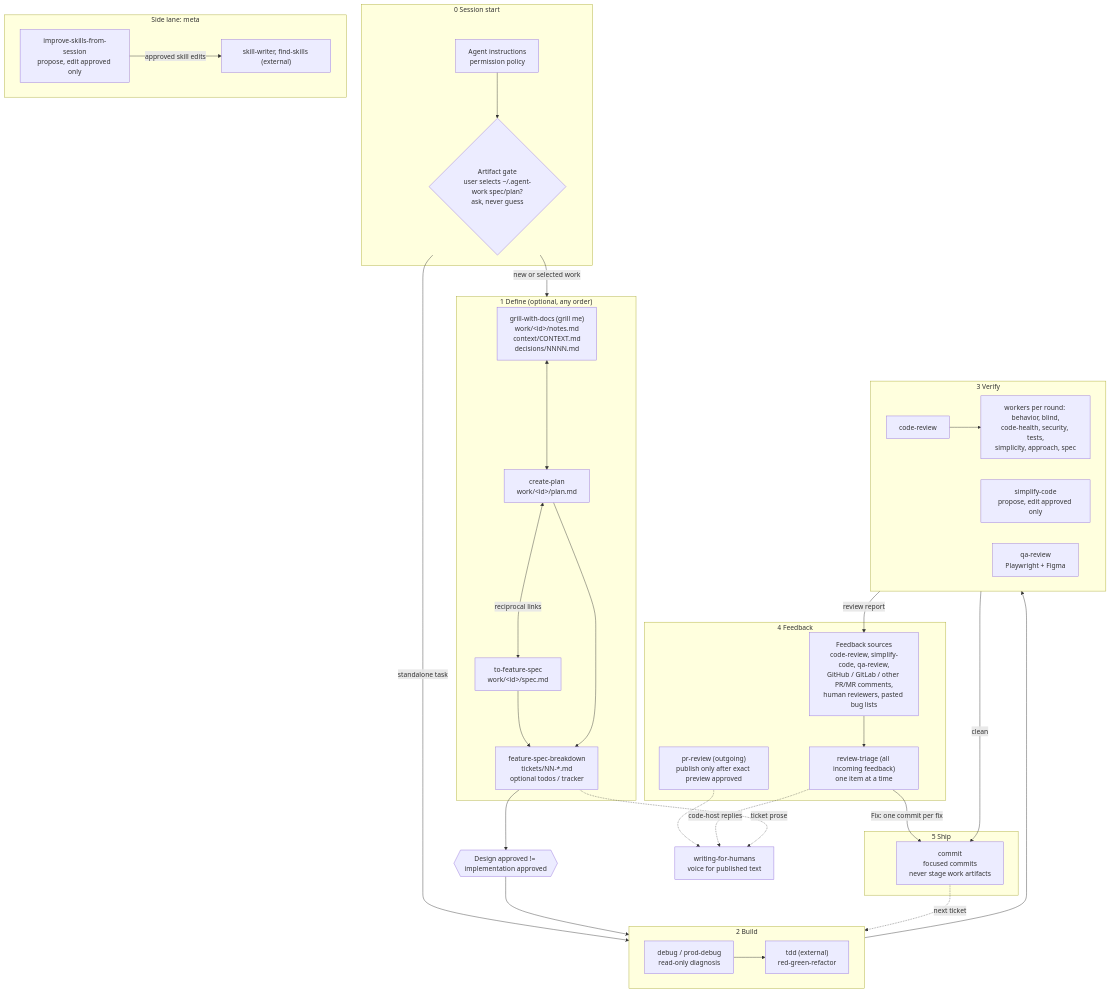
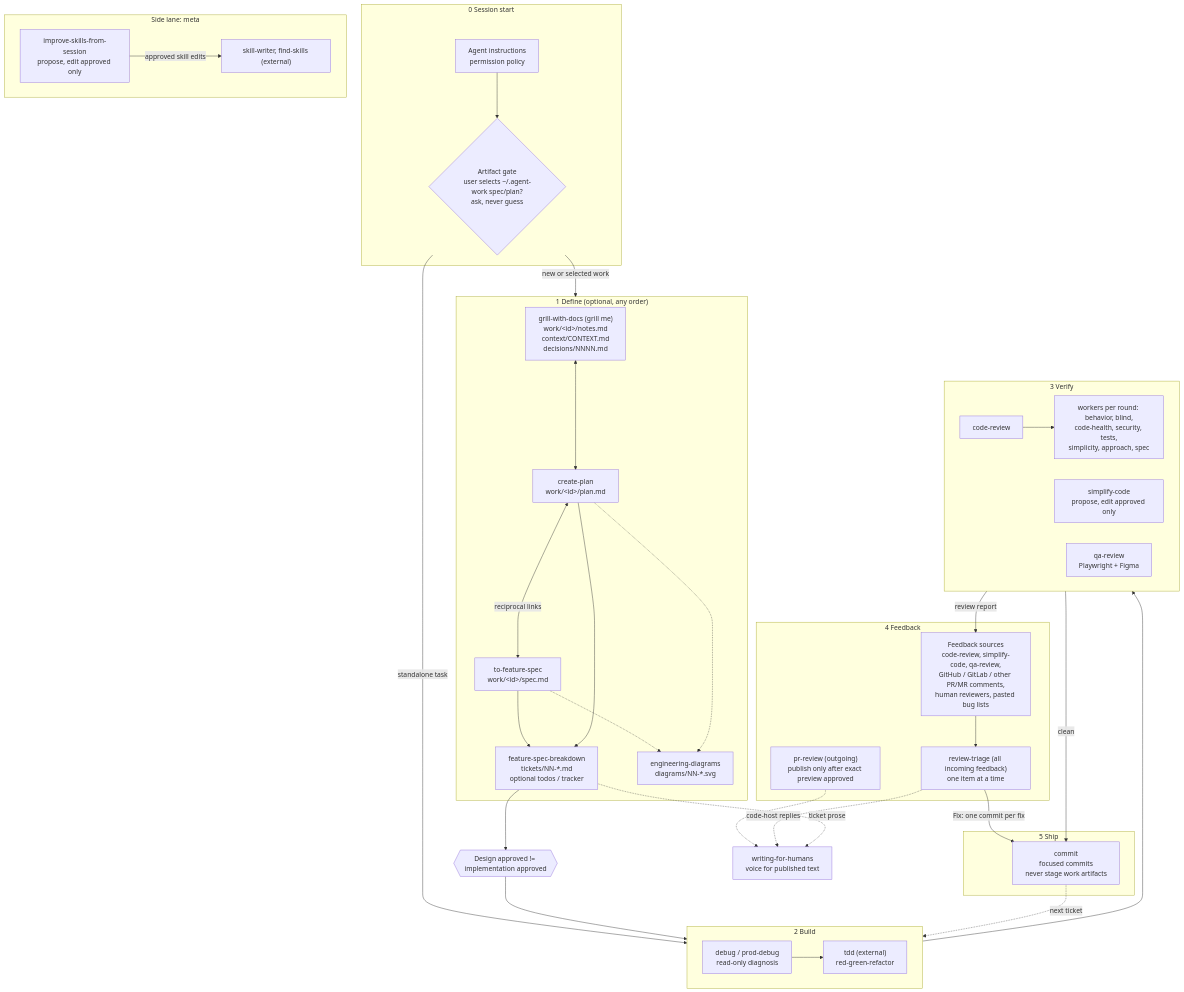
The diagram in README.md (drosam/agents), drawn with Mermaid before and after one commit. The commit also changed other lines of this file and 10 other files, not shown here.

Commit message:
Add engineering-diagrams skill for spec and plan SVG diagrams

````diff
--- a/README.md
+++ b/README.md
@@ -14,66 +14,69 @@
 ```mermaid
 flowchart TD
     subgraph S0["0 Session start"]
         rules["Agent instructions<br/>permission policy"]
         gate{"Artifact gate<br/>user selects ~/.agent-work spec/plan?<br/>ask, never guess"}
         rules --> gate
     end
 
     subgraph S1["1 Define (optional, any order)"]
         grill["grill-with-docs (grill me)<br/>work/&lt;id&gt;/notes.md<br/>context/CONTEXT.md<br/>decisions/NNNN.md"]
         plan["create-plan<br/>work/&lt;id&gt;/plan.md"]
         spec["to-feature-spec<br/>work/&lt;id&gt;/spec.md"]
         breakdown["feature-spec-breakdown<br/>tickets/NN-*.md<br/>optional todos / tracker"]
+        diagrams["engineering-diagrams<br/>diagrams/NN-*.svg"]
         grill <--> plan
         plan <-->|reciprocal links| spec
         spec --> breakdown
         plan --> breakdown
+        spec -.-> diagrams
+        plan -.-> diagrams
     end
 
     approve{{"Design approved != implementation approved"}}
 
     subgraph S2["2 Build"]
         tdd["tdd (external)<br/>red-green-refactor"]
         debug["debug / prod-debug<br/>read-only diagnosis"]
     end
 
     subgraph S3["3 Verify"]
         review["code-review"]
         workers["workers per round: behavior, blind,<br/>code-health, security, tests,<br/>simplicity, approach, spec"]
         simplify["simplify-code<br/>propose, edit approved only"]
         qa["qa-review<br/>Playwright + Figma"]
         review --> workers
     end
 
     subgraph S4["4 Feedback"]
         triage["review-triage (all incoming feedback)<br/>one item at a time"]
         sources["Feedback sources<br/>code-review, simplify-code, qa-review,<br/>GitHub / GitLab / other PR/MR comments,<br/>human reviewers, pasted bug lists"]
         sources --> triage
         prr["pr-review (outgoing)<br/>publish only after exact preview approved"]
     end
 
     subgraph S5["5 Ship"]
         commit["commit<br/>focused commits<br/>never stage work artifacts"]
     end
 
     subgraph META["Side lane: meta"]
         improve["improve-skills-from-session<br/>propose, edit approved only"]
         meta["skill-writer, find-skills (external)"]
         improve -->|approved skill edits| meta
     end
 
     voice["writing-for-humans<br/>voice for published text"]
     prr -.-> voice
     triage -.->|code-host replies| voice
     breakdown -.->|ticket prose| voice
 
     gate -->|new or selected work| S1
     gate -->|standalone task| S2
     breakdown --> approve --> S2
     debug --> tdd
     S2 --> S3
     S3 -->|review report| sources
     triage -->|Fix: one commit per fix| commit
     S3 -->|clean| commit
     commit -.->|next ticket| S2
 ```
````
